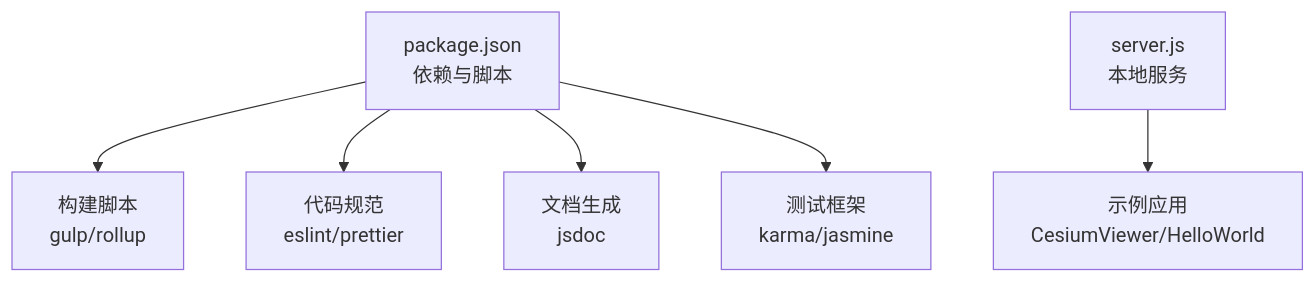
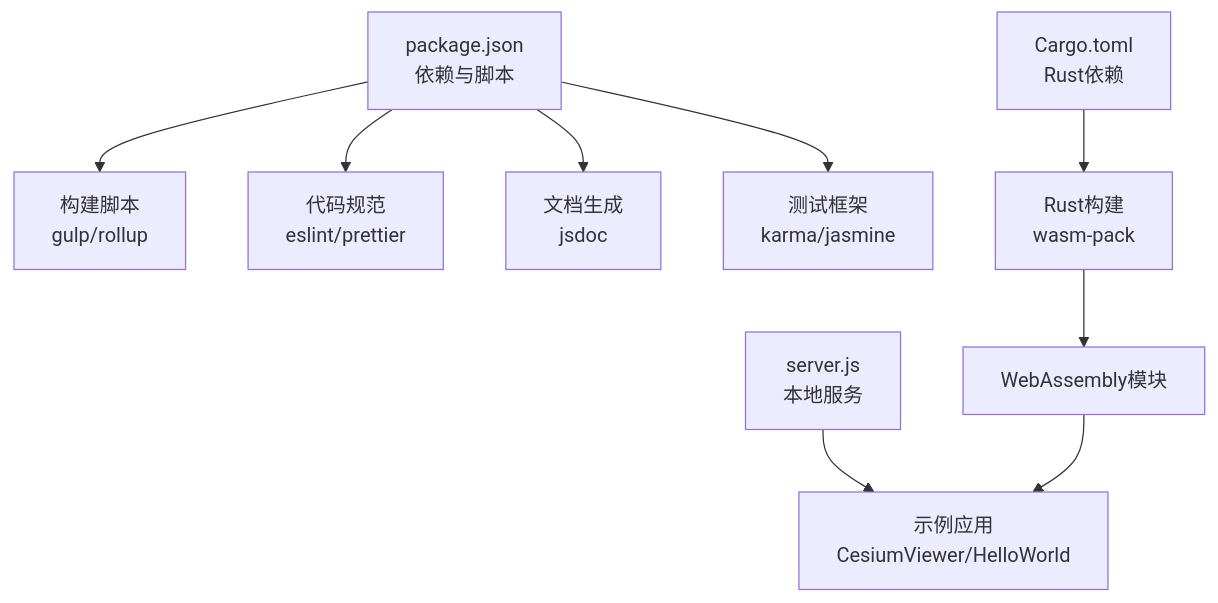
One commit to rzhangjing/cesium changed the fifth of 5 diagrams in .qoder/repowiki/zh/content/项目概述/核心特性/核心特性.md. Above: the diagram before and after it, drawn with Mermaid. The commit also changed other lines of this file and 60 other files, not shown here.

````diff
--- a/.qoder/repowiki/zh/content/项目概述/核心特性/核心特性.md
+++ b/.qoder/repowiki/zh/content/项目概述/核心特性/核心特性.md
@@ -267,8 +449,11 @@
 ```mermaid
 graph TB
 Pkg["package.json<br/>依赖与脚本"] --> Build["构建脚本<br/>gulp/rollup"]
 Pkg --> Lint["代码规范<br/>eslint/prettier"]
 Pkg --> Docs["文档生成<br/>jsdoc"]
 Pkg --> Test["测试框架<br/>karma/jasmine"]
+Cargo["Cargo.toml<br/>Rust依赖"] --> RustBuild["Rust构建<br/>wasm-pack"]
 Server["server.js<br/>本地服务"] --> Apps["示例应用<br/>CesiumViewer/HelloWorld"]
+RustBuild --> WASM["WebAssembly模块"]
+WASM --> Apps
 ```
````
